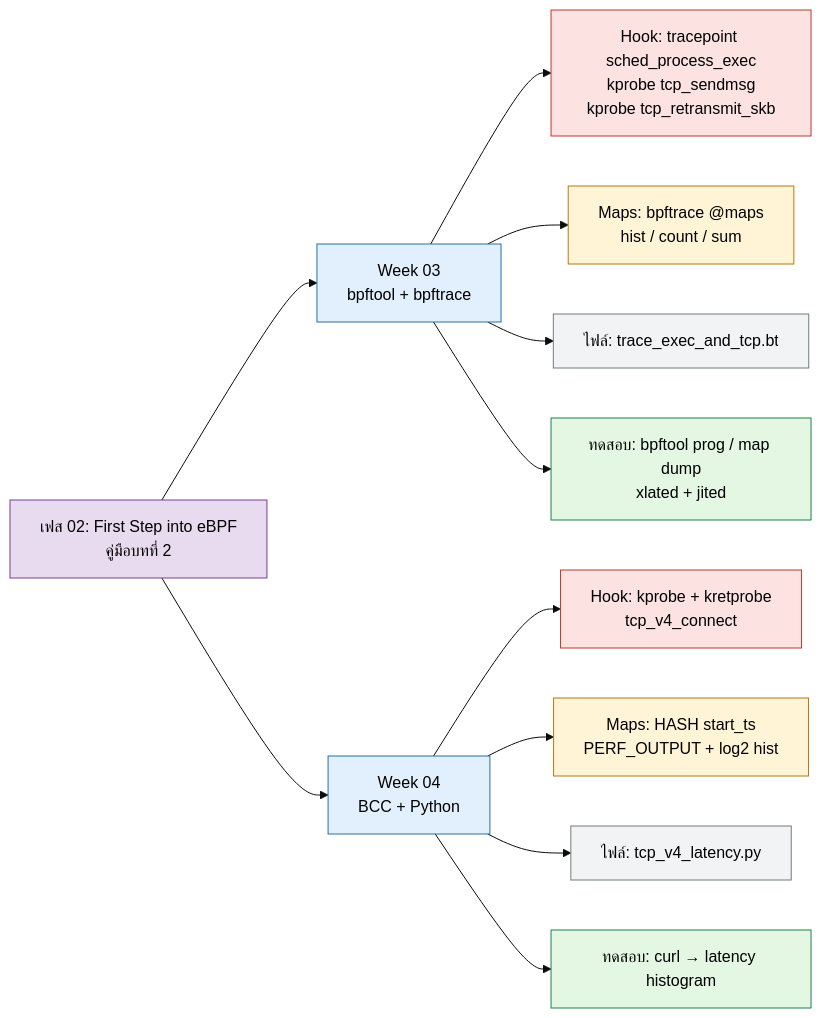
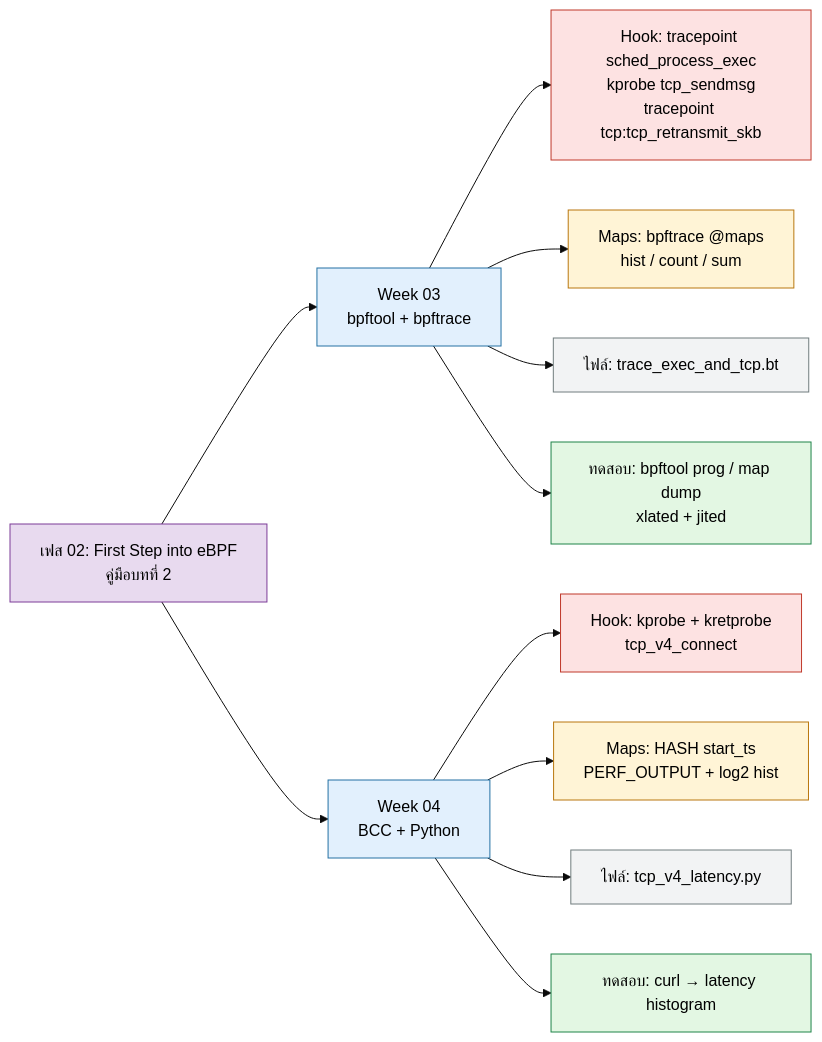
Before and after one commit to alfaXphoori/ebpf: the third of 12 diagrams in docs/CONTENT_TREE.md, drawn with Mermaid (base theme). The commit also changed other lines of this file and 27 other files, not shown here.

First line of the commit message:
docs: fix diagram accuracy and unify diagram conventions

````diff
--- a/docs/CONTENT_TREE.md
+++ b/docs/CONTENT_TREE.md
@@ -136,29 +136,29 @@
 ```mermaid
 flowchart LR
     P02["เฟส 02: First Step into eBPF<br/>คู่มือบทที่ 2"]
     P02 --> W03["Week 03<br/>bpftool + bpftrace"]
-    W03 --> W03H["Hook: tracepoint sched_process_exec<br/>kprobe tcp_sendmsg<br/>kprobe tcp_retransmit_skb"]
+    W03 --> W03H["Hook: tracepoint sched_process_exec<br/>kprobe tcp_sendmsg<br/>tracepoint tcp:tcp_retransmit_skb"]
     W03 --> W03M["Maps: bpftrace @maps<br/>hist / count / sum"]
     W03 --> W03F["ไฟล์: trace_exec_and_tcp.bt"]
     W03 --> W03T["ทดสอบ: bpftool prog / map dump<br/>xlated + jited"]
     P02 --> W04["Week 04<br/>BCC + Python"]
     W04 --> W04H["Hook: kprobe + kretprobe<br/>tcp_v4_connect"]
     W04 --> W04M["Maps: HASH start_ts<br/>PERF_OUTPUT + log2 hist"]
     W04 --> W04F["ไฟล์: tcp_v4_latency.py"]
     W04 --> W04T["ทดสอบ: curl → latency histogram"]
 
     classDef root fill:#2c3e50,stroke:#1b2631,color:#fff
     classDef phase fill:#e8daef,stroke:#7d3c98,color:#000
     classDef week fill:#e2f0fd,stroke:#2471a3,color:#000
     classDef hook fill:#fde2e2,stroke:#c0392b,color:#000
     classDef map fill:#fff4d6,stroke:#b9770e,color:#000
     classDef file fill:#f2f3f4,stroke:#717d7e,color:#000
     classDef test fill:#e3f7e3,stroke:#1e8449,color:#000
     classDef doc fill:#fdebd0,stroke:#ca6f1e,color:#000
     class P02 phase
     class W03,W04 week
     class W03H,W04H hook
     class W03M,W04M map
     class W03F,W04F file
     class W03T,W04T test
 ```
````
